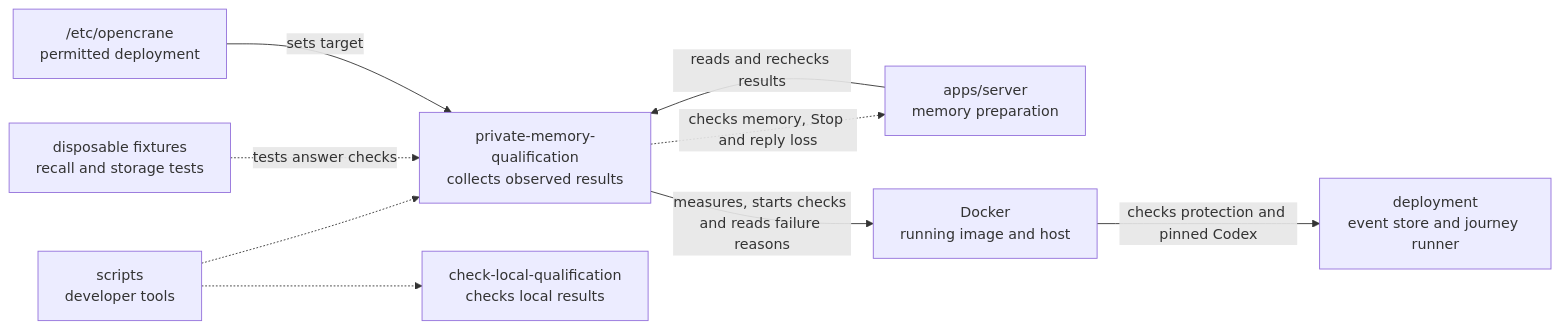
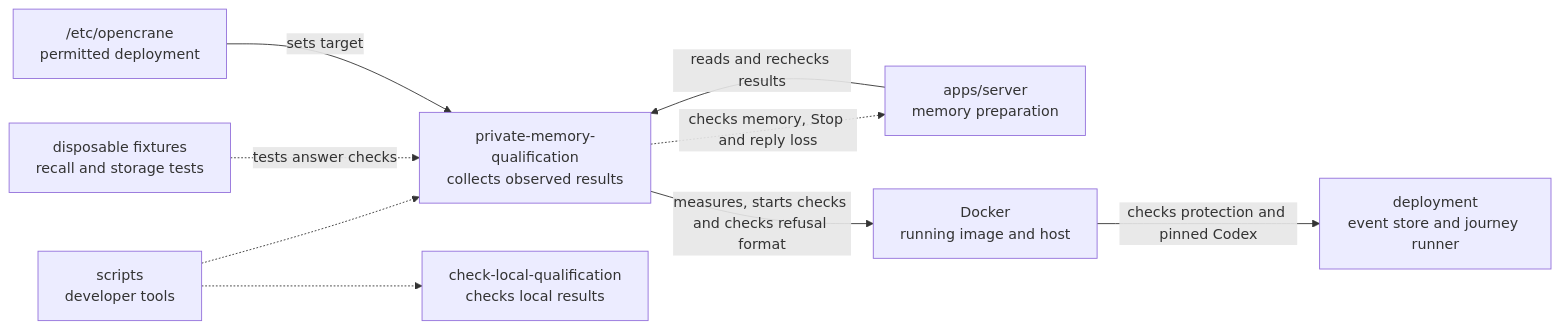
The diagram in scripts/private-memory-qualification/README.md (elewa-git/opencrane-new), drawn with Mermaid before and after one commit. The commit also changed other lines of this file and 5 other files, not shown here.

````diff
--- a/scripts/private-memory-qualification/README.md
+++ b/scripts/private-memory-qualification/README.md
@@ -18,11 +18,11 @@
 ```mermaid
 flowchart LR
   scripts["scripts<br/>developer tools"] -.-> collector["private-memory-qualification<br/>collects observed results"]
   fixtures["disposable fixtures<br/>recall and storage tests"] -.->|tests answer checks| collector
   scripts -.-> sibling["check-local-qualification<br/>checks local results"]
   server["apps/server<br/>memory preparation"] -->|reads and rechecks results| collector
   collector -.->|checks memory, Stop and reply loss| server
   config["/etc/opencrane<br/>permitted deployment"] -->|sets target| collector
-  collector -->|measures, starts checks and reads failure reasons| docker["Docker<br/>running image and host"]
+  collector -->|measures, starts checks and checks refusal format| docker["Docker<br/>running image and host"]
   docker -->|checks protection and pinned Codex| deployment["deployment<br/>event store and journey runner"]
 ```
````
